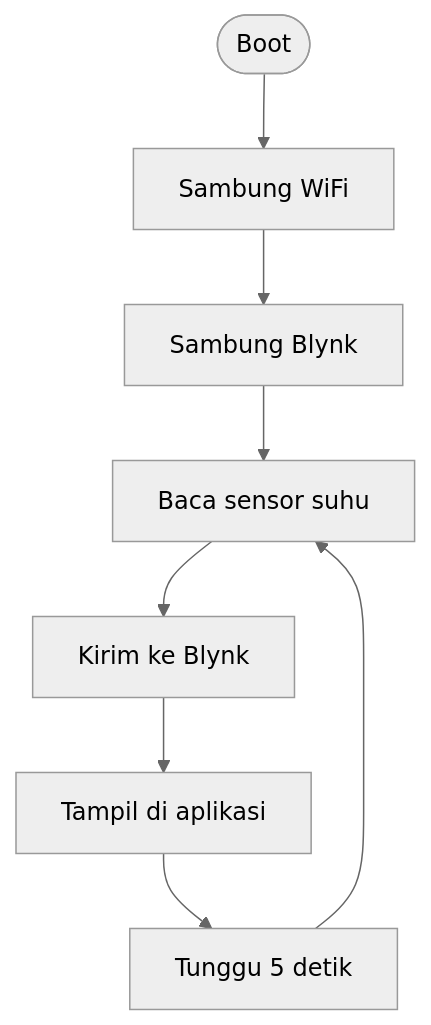
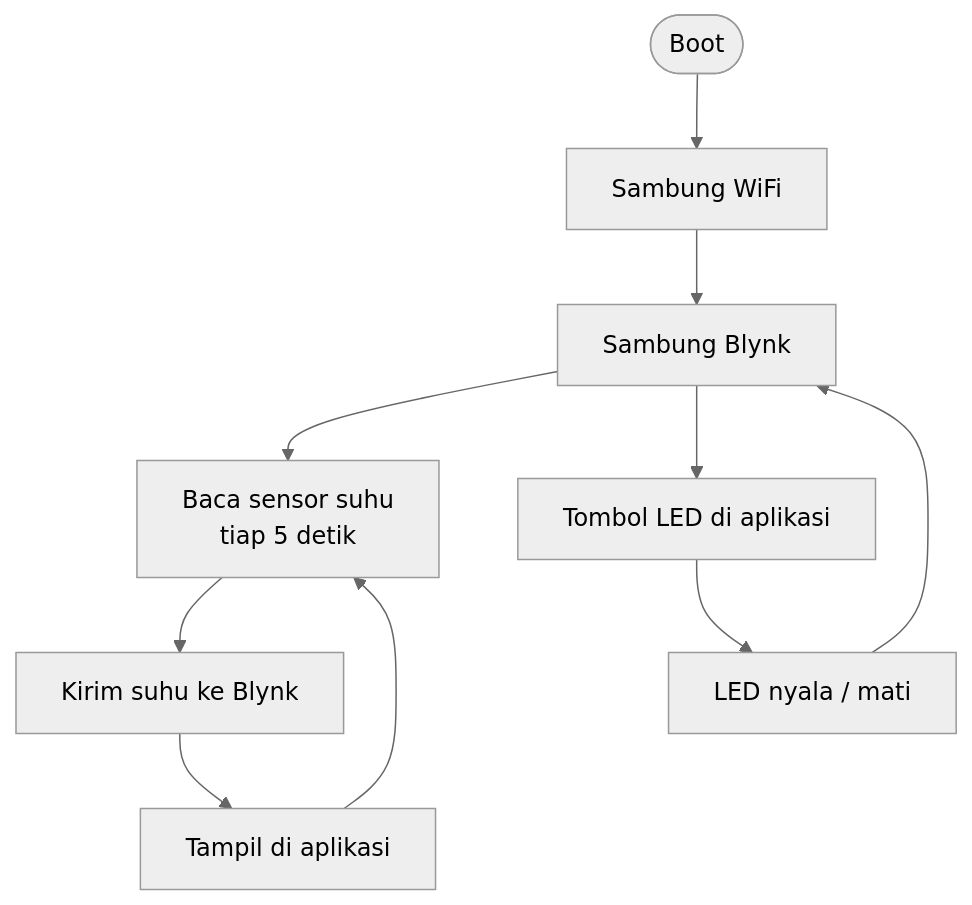
Before and after one commit to milanalfandiismail/IoT: the diagram in docs/diagrams/flowchart-blynk.md, drawn with Mermaid (neutral theme). The commit also changed other lines of this file and 2 other files, not shown here.

Commit message:
docs: gabungkan flowchart Blynk jadi satu gambar

````diff
--- a/docs/diagrams/flowchart-blynk.md
+++ b/docs/diagrams/flowchart-blynk.md
@@ -5,10 +3,12 @@
 ```mermaid
 flowchart TB
     A([Boot]) --> B[Sambung WiFi]
     B --> C[Sambung Blynk]
-    C --> D[Baca sensor suhu]
-    D --> E[Kirim ke Blynk]
+    C --> D["Baca sensor suhu<br/>tiap 5 detik"]
+    D --> E[Kirim suhu ke Blynk]
     E --> F[Tampil di aplikasi]
-    F --> G[Tunggu 5 detik]
-    G --> D
+    F --> D
+    C --> G["Tombol LED di aplikasi"]
+    G --> H[LED nyala / mati]
+    H --> C
 ```
````
